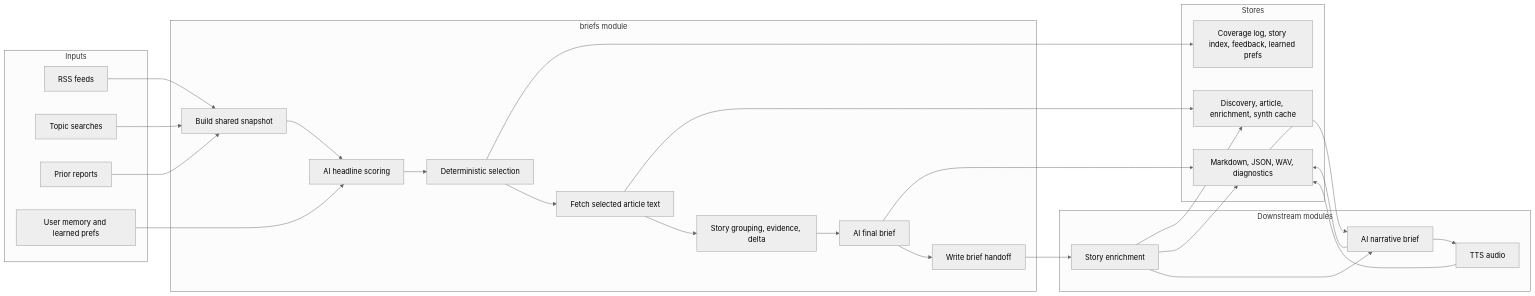
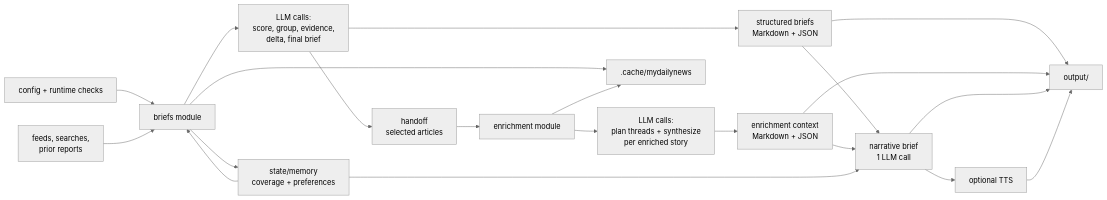
Before and after one commit to HorizonEngine24798/MyDailyNews: the first of 3 diagrams in docs/architecture.md, drawn with Mermaid (neutral theme). The commit also changed other lines of this file and 54 other files, not shown here.

````diff
--- a/docs/architecture.md
+++ b/docs/architecture.md
@@ -107,53 +21,23 @@
 ```mermaid
 flowchart LR
-    subgraph Inputs[Inputs]
-        RSS[RSS feeds]
-        TOPICS[Topic searches]
-        PRIOR[Prior reports]
-        PROFILE[User memory and learned prefs]
-    end
-
-    subgraph Brief_Module[briefs module]
-        SNAP[Build shared snapshot]
-        SCORE[AI headline scoring]
-        SELECT[Deterministic selection]
-        FETCH[Fetch selected article text]
-        ANALYSIS[Story grouping, evidence, delta]
-        FINAL[AI final brief]
-        HANDOFF[Write brief handoff]
-    end
-
-    subgraph Downstream_Modules[Downstream modules]
-        ENRICH[Story enrichment]
-        NARRATIVE[AI narrative brief]
-        TTS[TTS audio]
-    end
-
-    subgraph Stores[Stores]
-        CACHE[Discovery, article, enrichment, synth cache]
-        MEMORY[Coverage log, story index, feedback, learned prefs]
-        FILES[Markdown, JSON, WAV, diagnostics]
-    end
-
-    RSS --> SNAP
-    TOPICS --> SNAP
-    PRIOR --> SNAP
-    PROFILE --> SCORE
-    SNAP --> SCORE
-    SCORE --> SELECT
-    SELECT --> MEMORY
-    SELECT --> FETCH
-    FETCH --> CACHE
-    FETCH --> ANALYSIS
-    ANALYSIS --> FINAL
-    FINAL --> FILES
-    FINAL --> HANDOFF
-    HANDOFF --> ENRICH
+    CONFIG["config + runtime checks"] --> BRIEFS["briefs module"]
+    SOURCES["feeds, searches,<br/>prior reports"] --> BRIEFS
+    MEMORY["state/memory<br/>coverage + preferences"] --> BRIEFS
+    BRIEFS --> BRIEF_CALLS["LLM calls:<br/>score, group, evidence,<br/>delta, final brief"]
+    BRIEF_CALLS --> STRUCTURED["structured briefs<br/>Markdown + JSON"]
+    BRIEF_CALLS --> HANDOFF["handoff<br/>selected articles"]
+    HANDOFF --> ENRICH["enrichment module"]
+    ENRICH --> ENRICH_CALLS["LLM calls:<br/>plan threads + synthesize<br/>per enriched story"]
+    ENRICH_CALLS --> ENRICHED["enrichment context<br/>Markdown + JSON"]
+    STRUCTURED --> NARRATIVE["narrative brief<br/>1 LLM call"]
+    ENRICHED --> NARRATIVE
+    MEMORY --> NARRATIVE
+    NARRATIVE --> TTS["optional TTS"]
+    STRUCTURED --> OUTPUT["output/"]
+    ENRICHED --> OUTPUT
+    NARRATIVE --> OUTPUT
+    TTS --> OUTPUT
+    BRIEFS --> MEMORY
+    BRIEFS --> CACHE[".cache/mydailynews"]
     ENRICH --> CACHE
-    ENRICH --> FILES
-    FILES --> NARRATIVE
-    ENRICH --> NARRATIVE
-    NARRATIVE --> FILES
-    NARRATIVE --> TTS
-    TTS --> FILES
 ```
````
